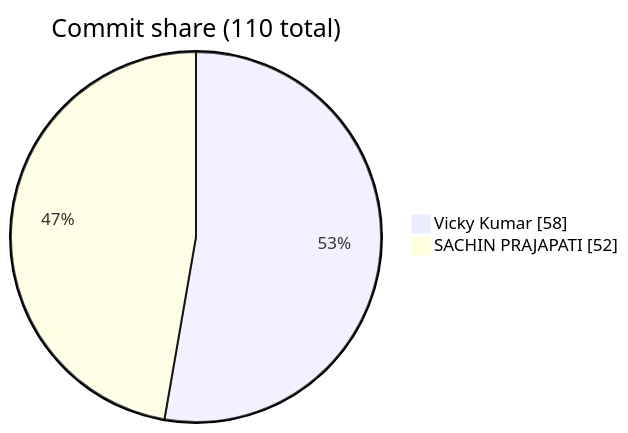
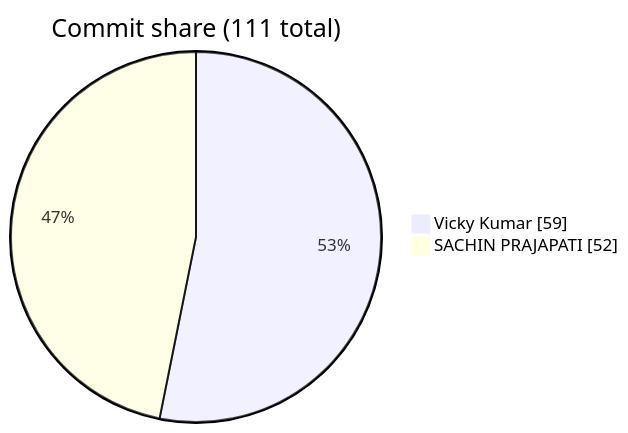
Before and after one commit to FiscalMindset/Clipo: the seventh of 7 diagrams in README.md, drawn with Mermaid. The commit also changed 1 other file, not shown here.

Commit message:
docs(readme): auto-update contributor stats and star history

````diff
--- a/README.md
+++ b/README.md
@@ -752,5 +752,5 @@
 ```mermaid
-pie showData title Commit share (110 total)
-    "Vicky Kumar" : 58
+pie showData title Commit share (111 total)
+    "Vicky Kumar" : 59
     "SACHIN PRAJAPATI" : 52
 ```
````
